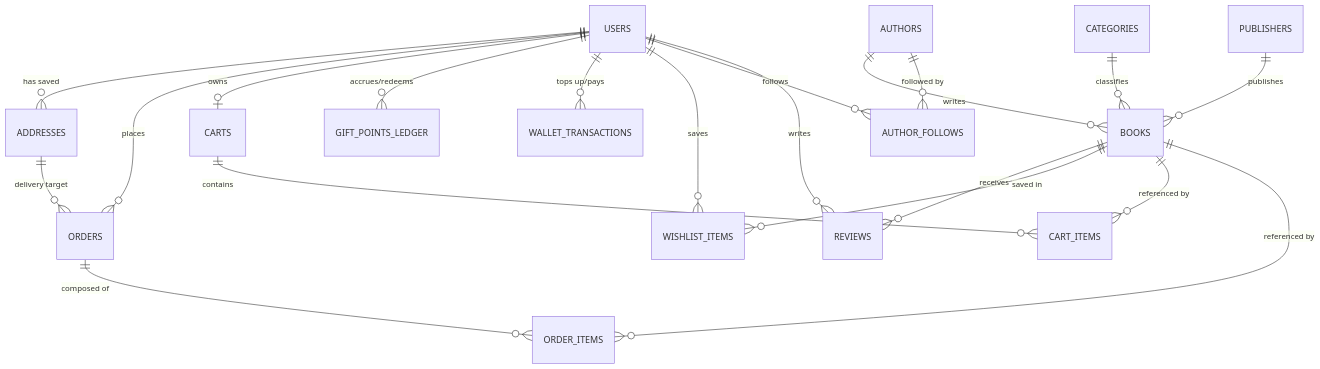
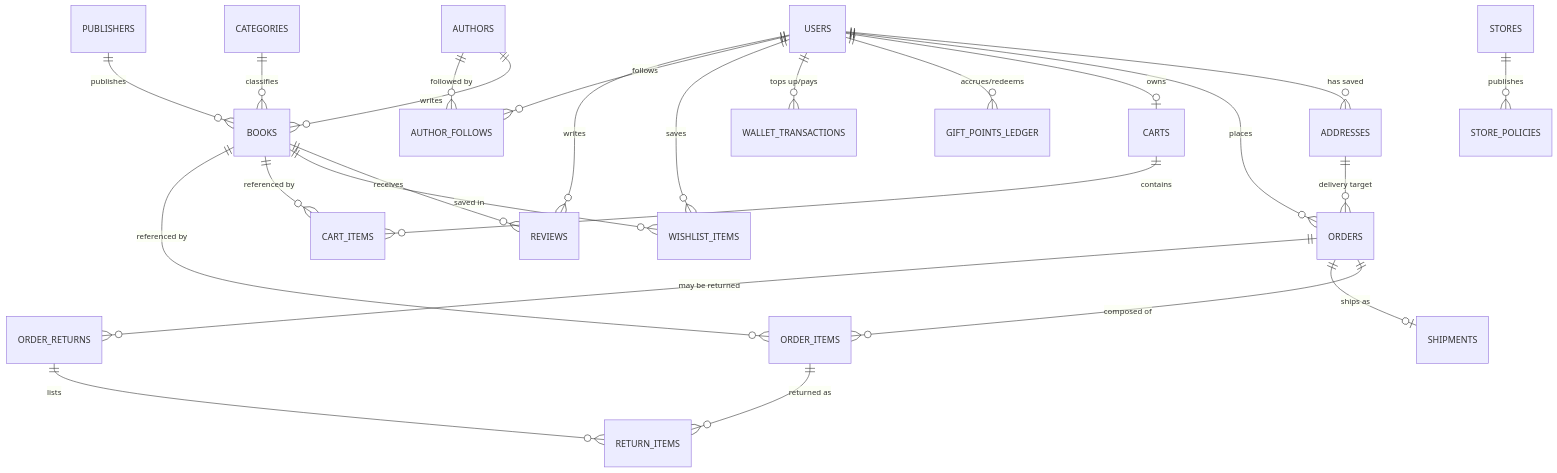
One commit to chauhanavi21/AI_Specialist_cloud_fullstack changed the diagram in docs/data-model.md. Above: the diagram before and after it, drawn with Mermaid. The commit also changed other lines of this file and 3 other files, not shown here.

````diff
--- a/docs/data-model.md
+++ b/docs/data-model.md
@@ -9,22 +11,27 @@
 ```mermaid
 erDiagram
     USERS ||--o{ ADDRESSES : "has saved"
     USERS ||--o{ ORDERS : "places"
     USERS ||--o| CARTS : "owns"
     USERS ||--o{ GIFT_POINTS_LEDGER : "accrues/redeems"
     USERS ||--o{ WALLET_TRANSACTIONS : "tops up/pays"
     USERS ||--o{ WISHLIST_ITEMS : "saves"
     USERS ||--o{ AUTHOR_FOLLOWS : "follows"
     USERS ||--o{ REVIEWS : "writes"
     AUTHORS ||--o{ BOOKS : "writes"
     AUTHORS ||--o{ AUTHOR_FOLLOWS : "followed by"
     CATEGORIES ||--o{ BOOKS : "classifies"
     PUBLISHERS ||--o{ BOOKS : "publishes"
     BOOKS ||--o{ REVIEWS : "receives"
     BOOKS ||--o{ WISHLIST_ITEMS : "saved in"
     CARTS ||--o{ CART_ITEMS : "contains"
     BOOKS ||--o{ CART_ITEMS : "referenced by"
     ORDERS ||--o{ ORDER_ITEMS : "composed of"
     BOOKS ||--o{ ORDER_ITEMS : "referenced by"
     ADDRESSES ||--o{ ORDERS : "delivery target"
+    STORES ||--o{ STORE_POLICIES : "publishes"
+    ORDERS ||--o| SHIPMENTS : "ships as"
+    ORDERS ||--o{ ORDER_RETURNS : "may be returned"
+    ORDER_RETURNS ||--o{ RETURN_ITEMS : "lists"
+    ORDER_ITEMS ||--o{ RETURN_ITEMS : "returned as"
 ```
````
